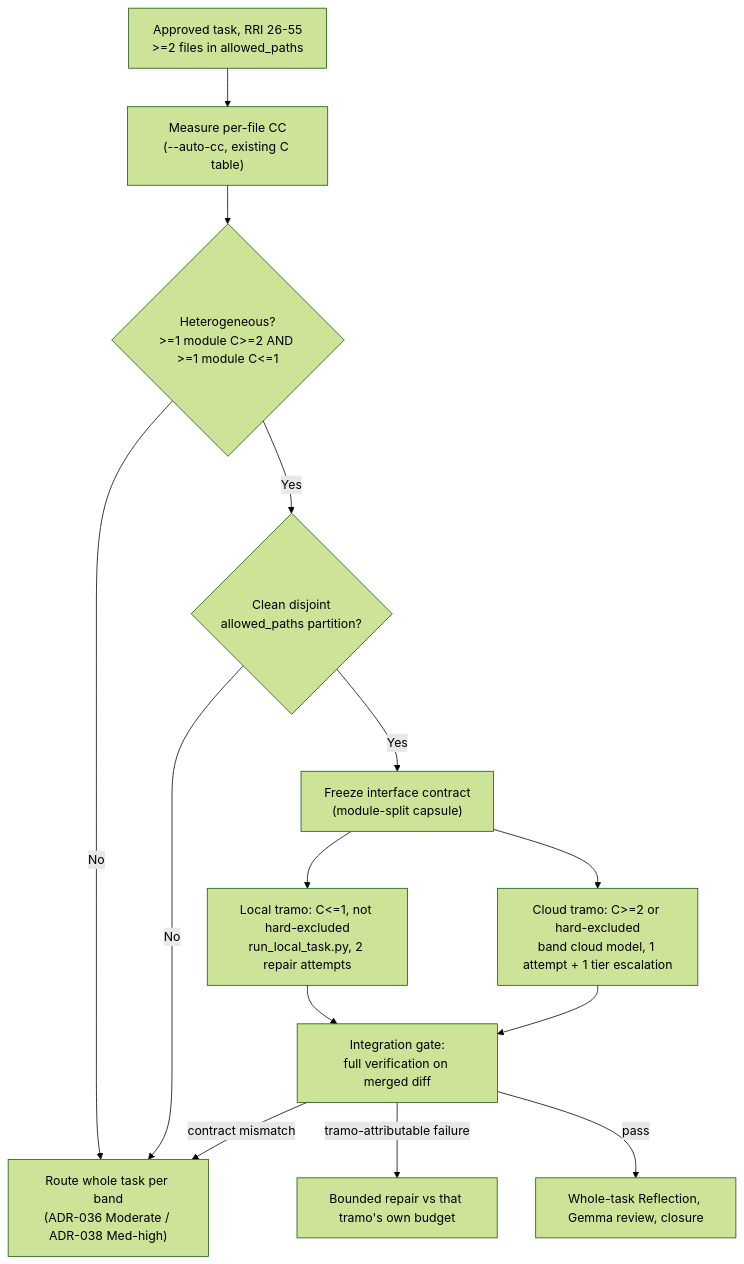
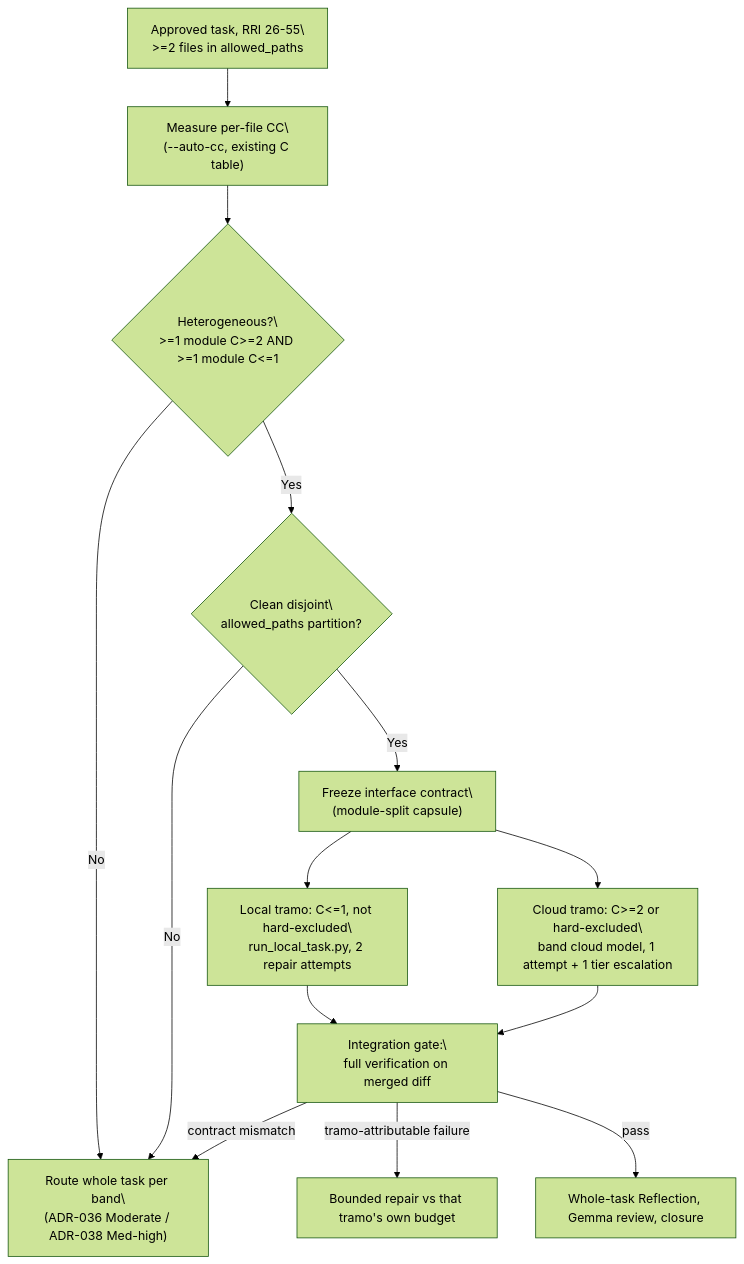
One commit to krukmat/dubbridge changed the second of 2 diagrams in docs/playbooks/AGENT_WORKFLOW_GUIDE.md. Above: the diagram before and after it, drawn with Mermaid (forest theme). The commit also changed other lines of this file, not shown here.

````diff
--- a/docs/playbooks/AGENT_WORKFLOW_GUIDE.md
+++ b/docs/playbooks/AGENT_WORKFLOW_GUIDE.md
@@ -486,16 +519,25 @@
 ```mermaid
 flowchart TD
-    Card["Approved task, RRI 26-55\n>=2 files in allowed_paths"] --> CC["Measure per-file CC\n(--auto-cc, existing C table)"]
-    CC --> Trigger{"Heterogeneous?\n>=1 module C>=2 AND >=1 module C<=1"}
-    Trigger -->|No| Whole["Route whole task per band\n(ADR-036 Moderate / ADR-038 Med-high)"]
-    Trigger -->|Yes| Partition{"Clean disjoint\nallowed_paths partition?"}
+    Card["Approved task, RRI 26-55\
+>=2 files in allowed_paths"] --> CC["Measure per-file CC\
+(--auto-cc, existing C table)"]
+    CC --> Trigger{"Heterogeneous?\
+>=1 module C>=2 AND >=1 module C<=1"}
+    Trigger -->|No| Whole["Route whole task per band\
+(ADR-036 Moderate / ADR-038 Med-high)"]
+    Trigger -->|Yes| Partition{"Clean disjoint\
+allowed_paths partition?"}
     Partition -->|No| Whole
-    Partition -->|Yes| Freeze["Freeze interface contract\n(module-split capsule)"]
-    Freeze --> Local["Local tramo: C<=1, not hard-excluded\nrun_local_task.py, 2 repair attempts"]
-    Freeze --> Cloud["Cloud tramo: C>=2 or hard-excluded\nband cloud model, 1 attempt + 1 tier escalation"]
-    Local --> Merge["Integration gate:\nfull verification on merged diff"]
+    Partition -->|Yes| Freeze["Freeze interface contract\
+(module-split capsule)"]
+    Freeze --> Local["Local tramo: C<=1, not hard-excluded\
+run_local_task.py, 2 repair attempts"]
+    Freeze --> Cloud["Cloud tramo: C>=2 or hard-excluded\
+band cloud model, 1 attempt + 1 tier escalation"]
+    Local --> Merge["Integration gate:\
+full verification on merged diff"]
     Cloud --> Merge
     Merge -->|contract mismatch| Whole
     Merge -->|tramo-attributable failure| Repair["Bounded repair vs that tramo's own budget"]
     Merge -->|pass| Review["Whole-task Reflection, Gemma review, closure"]
 ```
````
